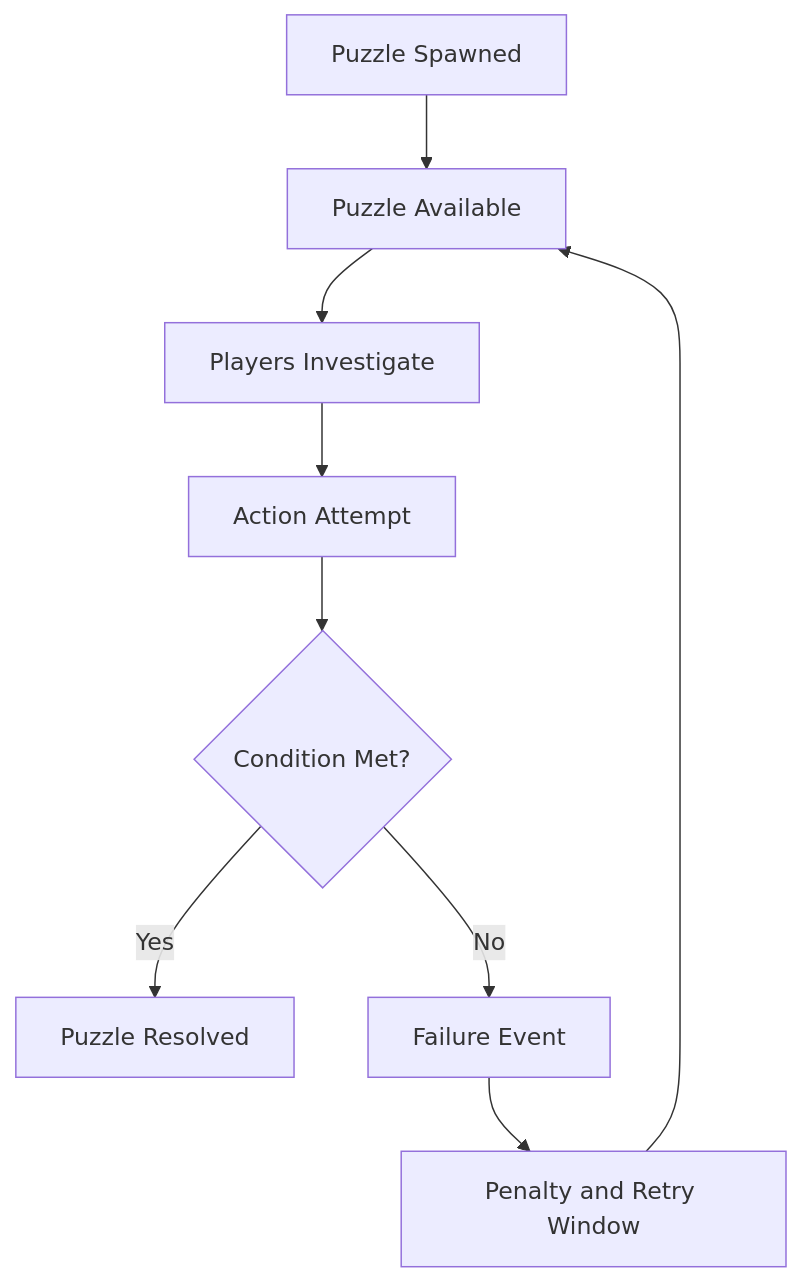
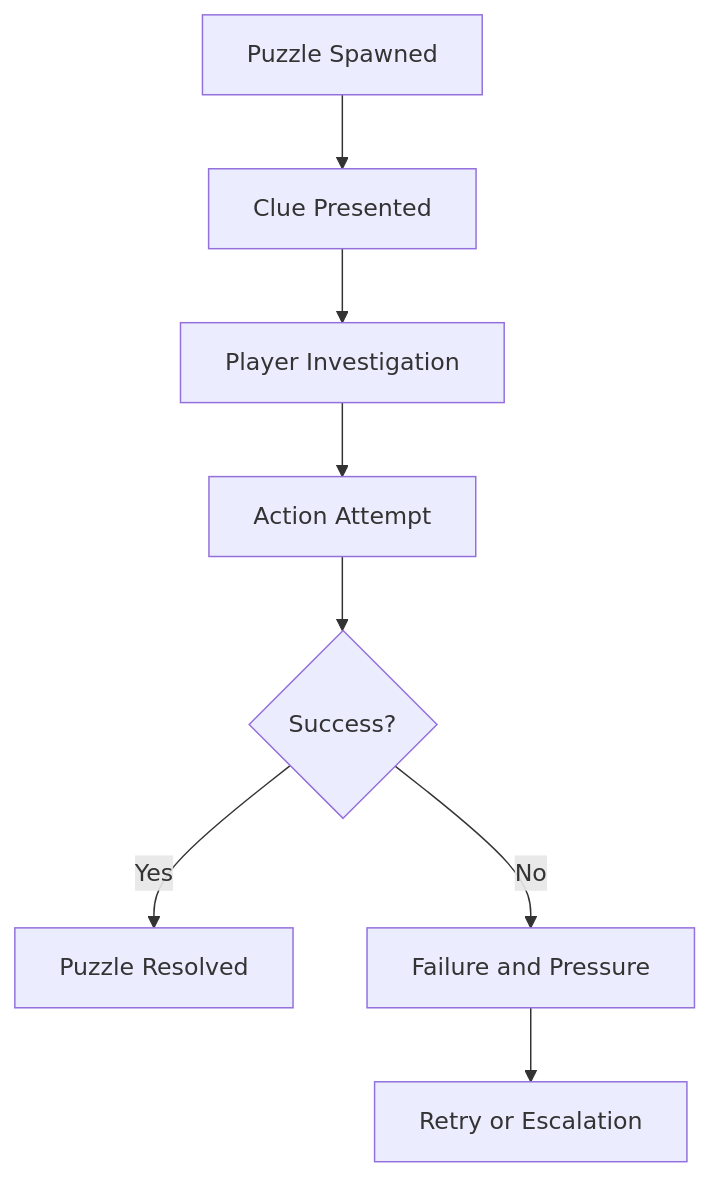
Before and after one commit to snehadpatel/QuestBit: the first of 2 diagrams in Project-Echo/docs/GDD/07 Puzzle Framework.md, drawn with Mermaid. The commit also changed other lines of this file and 11 other files, not shown here.

Commit message:
docs(gdd): sync core gameplay, monster AI, objectives, and architecture design documents

````diff
--- a/Project-Echo/docs/GDD/07 Puzzle Framework.md
+++ b/Project-Echo/docs/GDD/07 Puzzle Framework.md
@@ -134,11 +29,10 @@
 ```mermaid
 flowchart TD
-    A[Puzzle Spawned] --> B[Puzzle Available]
-    B --> C[Players Investigate]
+    A[Puzzle Spawned] --> B[Clue Presented]
+    B --> C[Player Investigation]
     C --> D[Action Attempt]
-    D --> E{Condition Met?}
+    D --> E{Success?}
     E -->|Yes| F[Puzzle Resolved]
-    E -->|No| G[Failure Event]
-    G --> H[Penalty and Retry Window]
-    H --> B
+    E -->|No| G[Failure and Pressure]
+    G --> H[Retry or Escalation]
 ```
````
